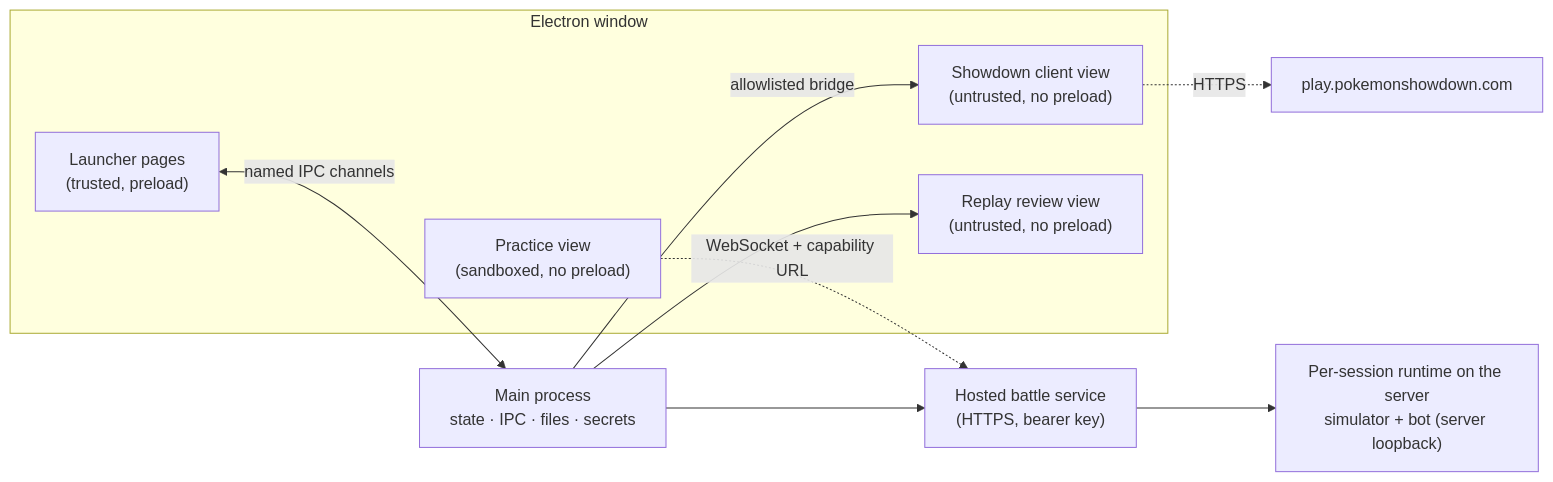
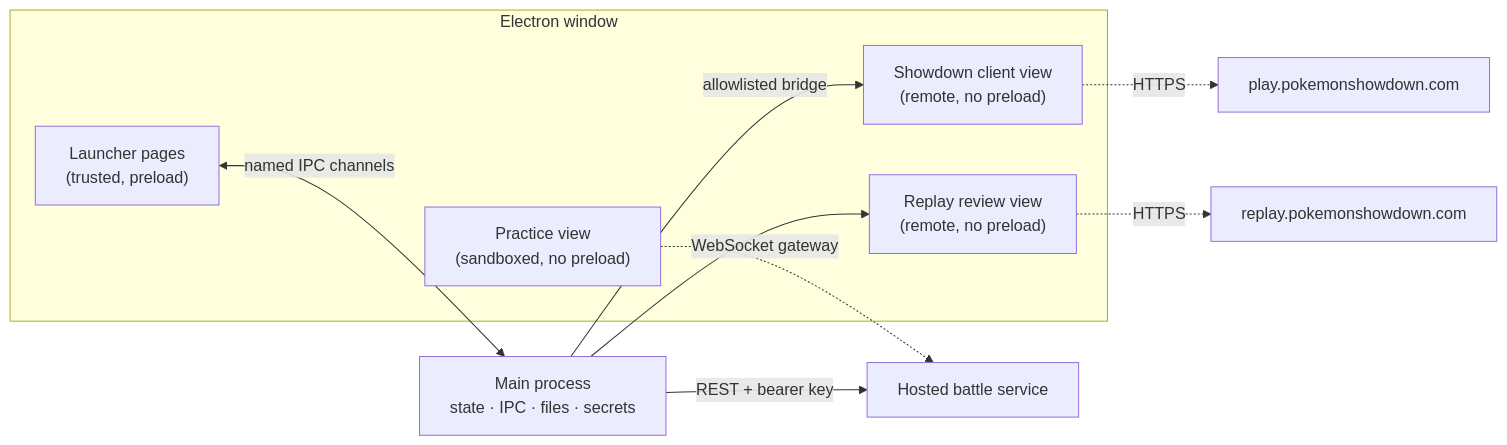
The diagram in docs/design.md (influxtion/Pokemon-Showdown-Launcher-App), drawn with Mermaid before and after one commit. The commit also changed other lines of this file and 10 other files, not shown here.

````diff
--- a/docs/design.md
+++ b/docs/design.md
@@ -59,17 +62,17 @@
 ```mermaid
 flowchart LR
   subgraph Window["Electron window"]
     L["Launcher pages<br/>(trusted, preload)"]
-    S["Showdown client view<br/>(untrusted, no preload)"]
+    S["Showdown client view<br/>(remote, no preload)"]
+    R["Replay review view<br/>(remote, no preload)"]
     P["Practice view<br/>(sandboxed, no preload)"]
-    R["Replay review view<br/>(untrusted, no preload)"]
   end
   M["Main process<br/>state · IPC · files · secrets"]
   L <-- "named IPC channels" --> M
   M -- "allowlisted bridge" --> S
   M --> R
-  M --> HS["Hosted battle service<br/>(HTTPS, bearer key)"]
-  HS --> RT["Per-session runtime on the server<br/>simulator + bot (server loopback)"]
-  P -. "WebSocket + capability URL" .-> HS
+  M -- "REST + bearer key" --> HS["Hosted battle service"]
+  P -. "WebSocket gateway" .-> HS
   S -. "HTTPS" .-> PS["play.pokemonshowdown.com"]
+  R -. "HTTPS" .-> RS["replay.pokemonshowdown.com"]
 ```
````
